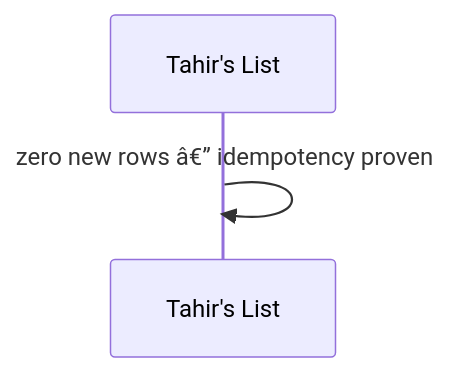
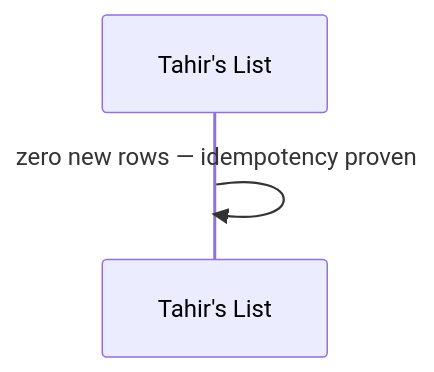
The third of 7 diagrams in docs/features/SC-211/04-blackbox/UC-03-load-reviewed-batch.md (Losers-Lab/tahirs-list), drawn with Mermaid before and after one commit. The commit also changed other lines of this file and 12 other files, not shown here.

````diff
--- a/docs/features/SC-211/04-blackbox/UC-03-load-reviewed-batch.md
+++ b/docs/features/SC-211/04-blackbox/UC-03-load-reviewed-batch.md
@@ -30,5 +30,5 @@
 ```mermaid
 sequenceDiagram
   participant TL as Tahir's List
-  TL->>TL: zero new rows â€” idempotency proven
+  TL->>TL: zero new rows — idempotency proven
 ```
````
